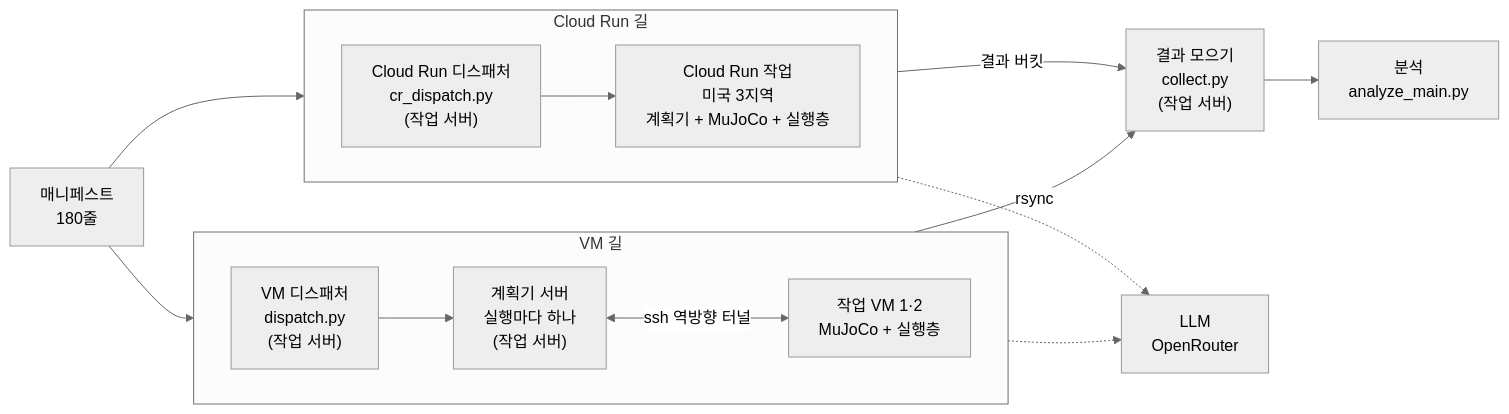
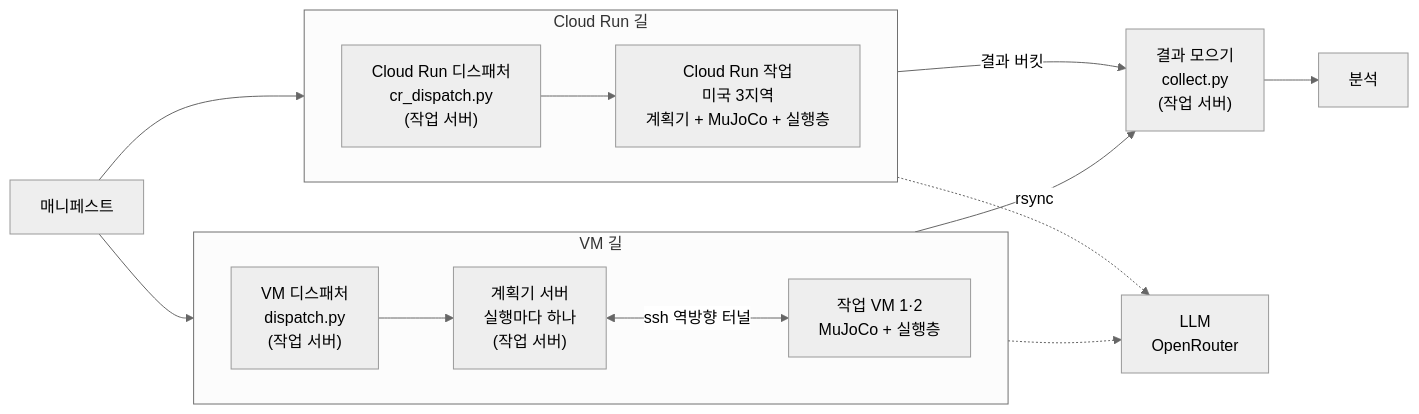
Before and after one commit to cmkang131/UGRP-Multi-Robot-Collaboration-Project: the fourth of 5 diagrams in docs/architecture.md, drawn with Mermaid (neutral theme). The commit also changed other lines of this file and 4 other files, not shown here.

````diff
--- a/docs/architecture.md
+++ b/docs/architecture.md
@@ -134,23 +131,23 @@
 ```mermaid
 flowchart LR
-    M["매니페스트<br/>180줄"]
+    M["매니페스트"]
     subgraph P1["VM 길"]
         direction LR
         D["VM 디스패처<br/>dispatch.py<br/>(작업 서버)"] --> B["계획기 서버<br/>실행마다 하나<br/>(작업 서버)"]
         B <-->|ssh 역방향 터널| VM["작업 VM 1·2<br/>MuJoCo + 실행층"]
     end
     subgraph P2["Cloud Run 길"]
         direction LR
         CD["Cloud Run 디스패처<br/>cr_dispatch.py<br/>(작업 서버)"] --> CR["Cloud Run 작업<br/>미국 3지역<br/>계획기 + MuJoCo + 실행층"]
     end
     R["결과 모으기<br/>collect.py<br/>(작업 서버)"]
-    A["분석<br/>analyze_main.py"]
+    A["분석"]
     OR["LLM<br/>OpenRouter"]
     M --> D
     M --> CD
     VM -->|rsync| R
     CR -->|결과 버킷| R
     R --> A
     B -.-> OR
     CR -.-> OR
 ```
````
